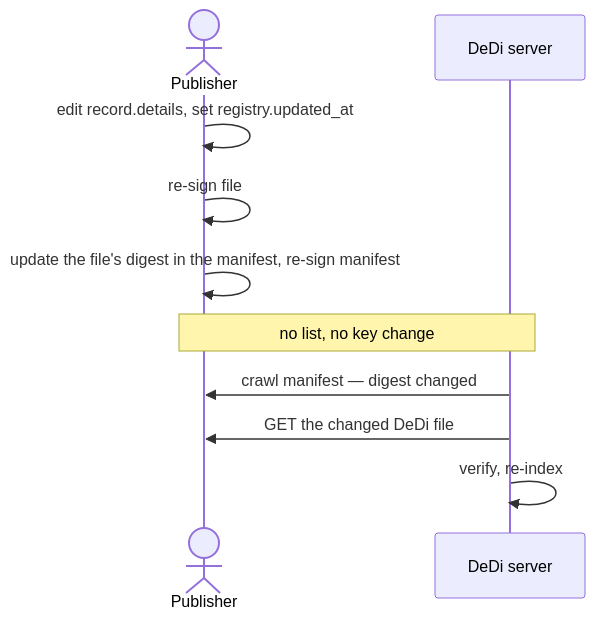
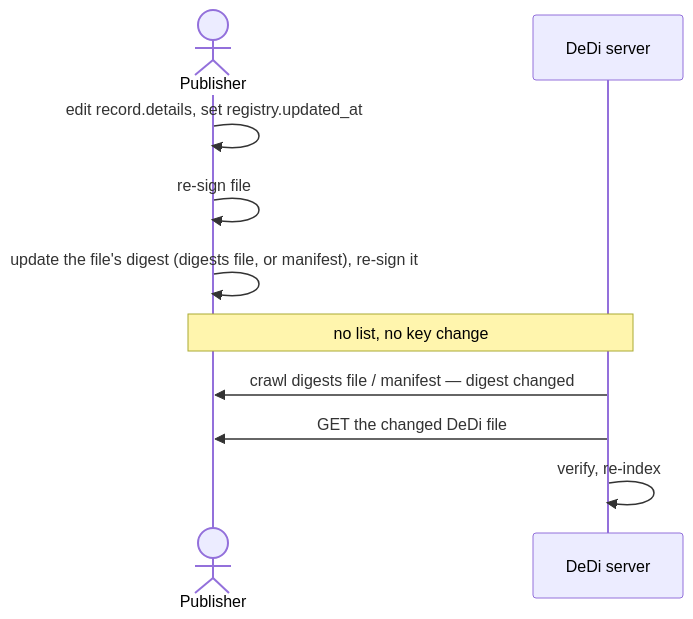
The second of 6 diagrams in docs/publishing-dedi-files.md (sankarshanmukhopadhyay/decentralized-directory-protocol), drawn with Mermaid before and after one commit. The commit also changed other lines of this file, not shown here.

````diff
--- a/docs/publishing-dedi-files.md
+++ b/docs/publishing-dedi-files.md
@@ -546,12 +581,12 @@
 ```mermaid
 sequenceDiagram
     actor P as Publisher
     participant S as DeDi server
     P->>P: edit record.details, set registry.updated_at
     P->>P: re-sign file
-    P->>P: update the file's digest in the manifest, re-sign manifest
+    P->>P: update the file's digest (digests file, or manifest), re-sign it
     Note over P,S: no list, no key change
-    S->>P: crawl manifest — digest changed
+    S->>P: crawl digests file / manifest — digest changed
     S->>P: GET the changed DeDi file
     S->>S: verify, re-index
 ```
````
